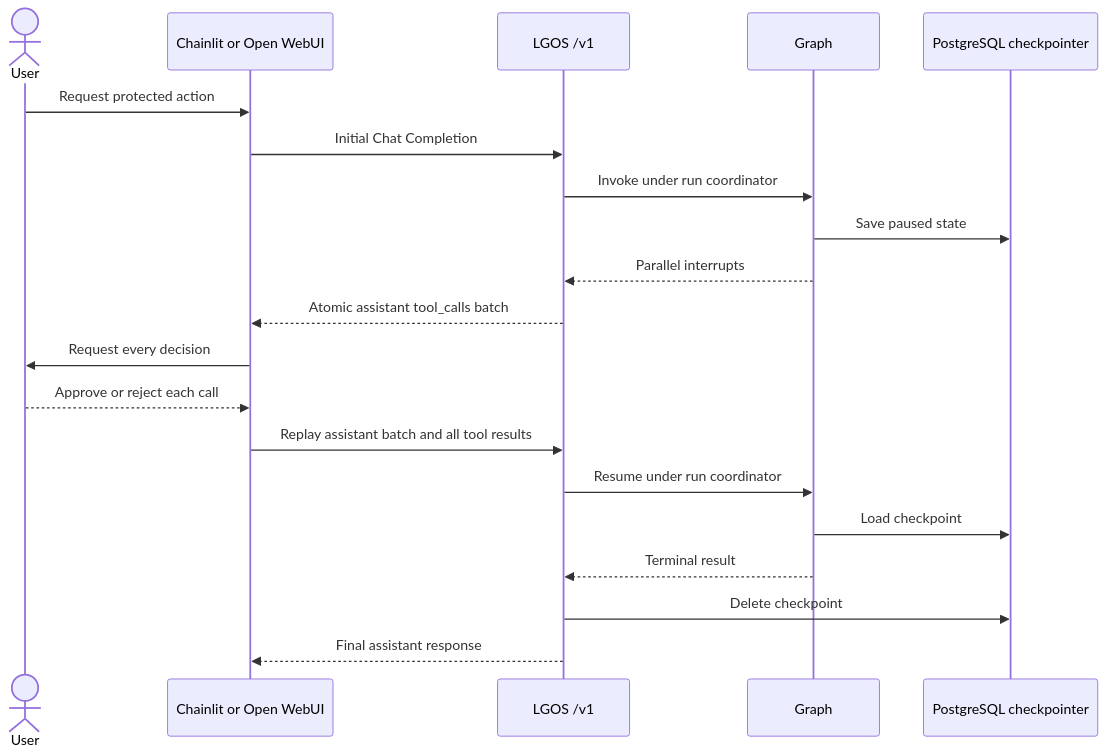
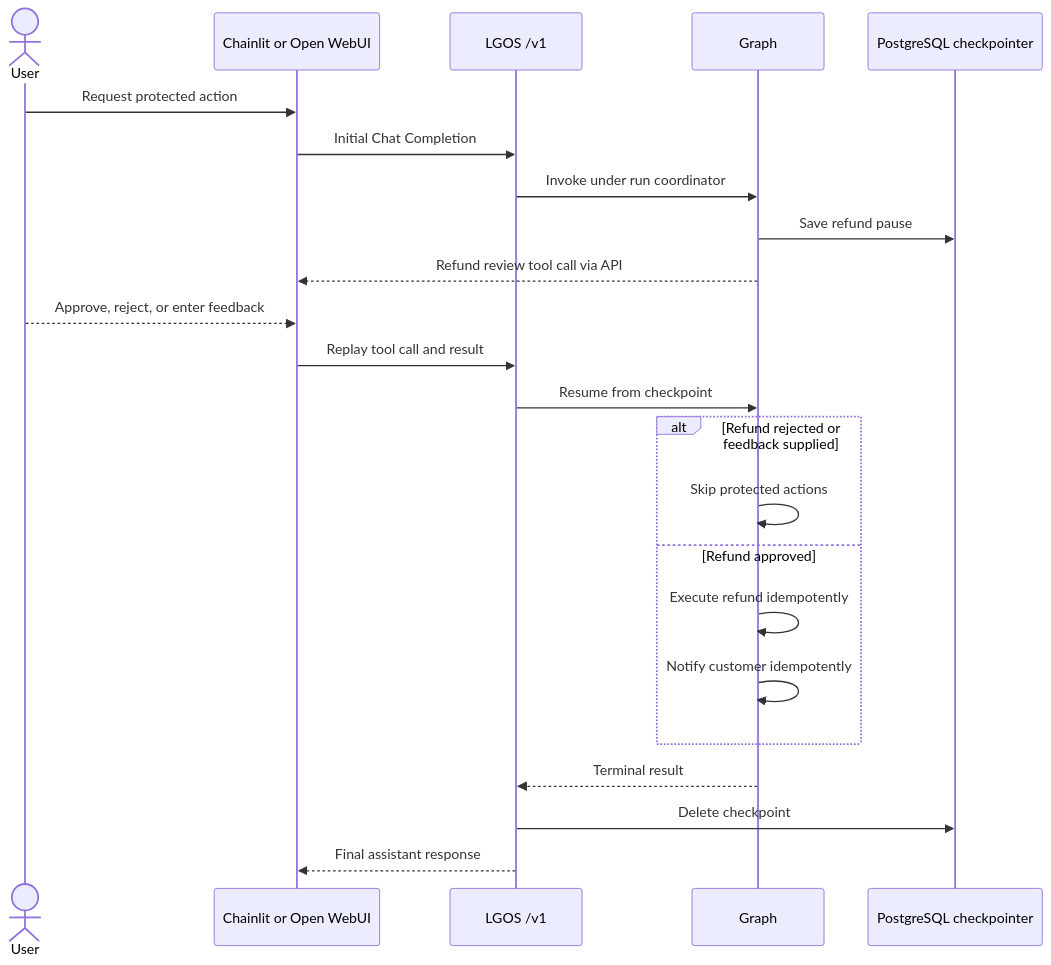
One commit to ilkersigirci/langgraph-openai-serve changed the second of 2 diagrams in docs/demo/graphs/interruptible-approval.md. Above: the diagram before and after it, drawn with Mermaid. The commit also changed other lines of this file and 26 other files, not shown here.

````diff
--- a/docs/demo/graphs/interruptible-approval.md
+++ b/docs/demo/graphs/interruptible-approval.md
@@ -29,23 +33,26 @@
 ```mermaid
 sequenceDiagram
   actor User
   participant UI as Chainlit or Open WebUI
   participant API as LGOS /v1
   participant Graph
   participant DB as PostgreSQL checkpointer
 
   User->>UI: Request protected action
   UI->>API: Initial Chat Completion
   API->>Graph: Invoke under run coordinator
-  Graph->>DB: Save paused state
-  Graph-->>API: Parallel interrupts
-  API-->>UI: Atomic assistant tool_calls batch
-  UI->>User: Request every decision
-  User-->>UI: Approve or reject each call
-  UI->>API: Replay assistant batch and all tool results
-  API->>Graph: Resume under run coordinator
-  Graph->>DB: Load checkpoint
+  Graph->>DB: Save refund pause
+  Graph-->>UI: Refund review tool call via API
+  User-->>UI: Approve, reject, or enter feedback
+  UI->>API: Replay tool call and result
+  API->>Graph: Resume from checkpoint
+  alt Refund rejected or feedback supplied
+    Graph->>Graph: Skip protected actions
+  else Refund approved
+    Graph->>Graph: Execute refund idempotently
+    Graph->>Graph: Notify customer idempotently
+  end
   Graph-->>API: Terminal result
   API->>DB: Delete checkpoint
   API-->>UI: Final assistant response
 ```
````
